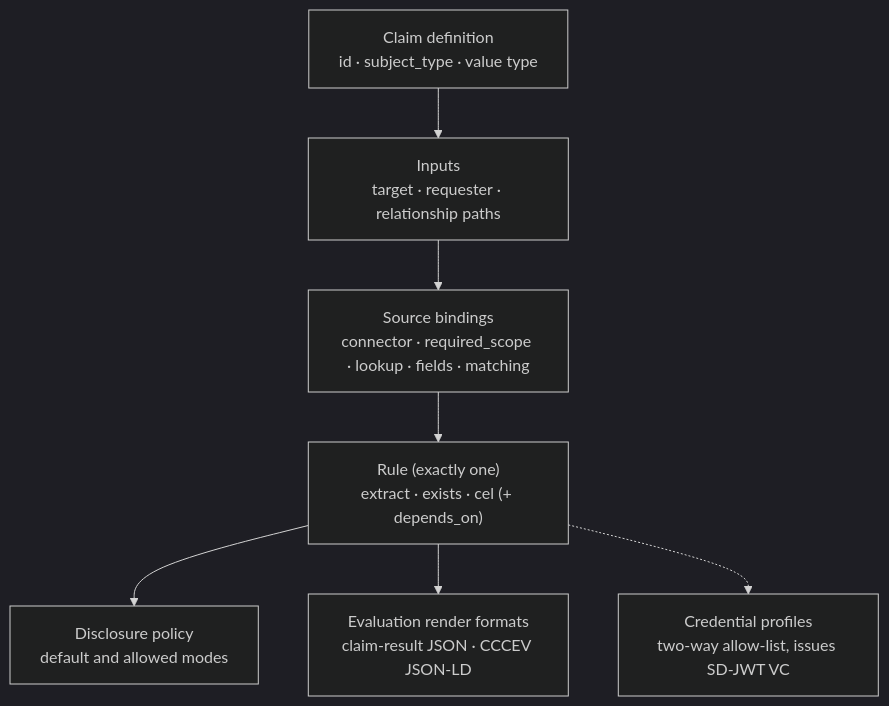
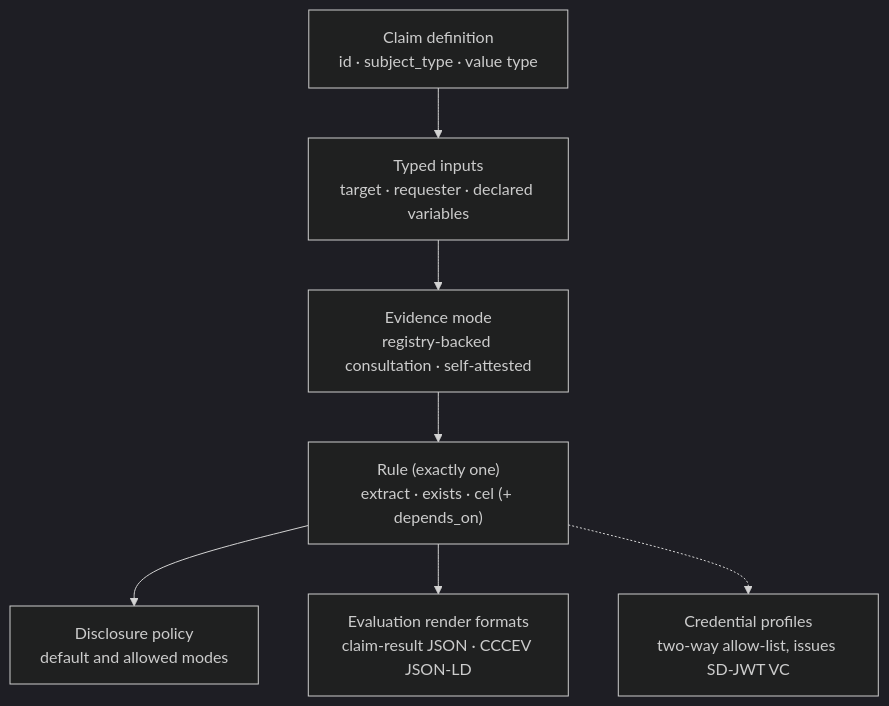
Before and after one commit to registrystack/registry-stack: the diagram in docs/site/src/content/docs/spec/rs-dm-claim.mdx, drawn with Mermaid (dark theme). The commit also changed other lines of this file and 53 other files, not shown here.

````diff
--- a/docs/site/src/content/docs/spec/rs-dm-claim.mdx
+++ b/docs/site/src/content/docs/spec/rs-dm-claim.mdx
@@ -67,14 +68,14 @@
 ```mermaid
 flowchart TD
     claim["Claim definition<br/>id · subject_type · value type"]
-    inputs["Inputs<br/>target · requester · relationship paths"]
-    bindings["Source bindings<br/>connector · required_scope · lookup · fields · matching"]
+    inputs["Typed inputs<br/>target · requester · declared variables"]
+    evidence["Evidence mode<br/>registry-backed consultation · self-attested"]
     rule["Rule (exactly one)<br/>extract · exists · cel (+ depends_on)"]
     disclosure["Disclosure policy<br/>default and allowed modes"]
     formats["Evaluation render formats<br/>claim-result JSON · CCCEV JSON-LD"]
     creds["Credential profiles<br/>two-way allow-list, issues SD-JWT VC"]
-    claim --> inputs --> bindings --> rule
+    claim --> inputs --> evidence --> rule
     rule --> disclosure
     rule --> formats
     rule -.-> creds
 ```
````
